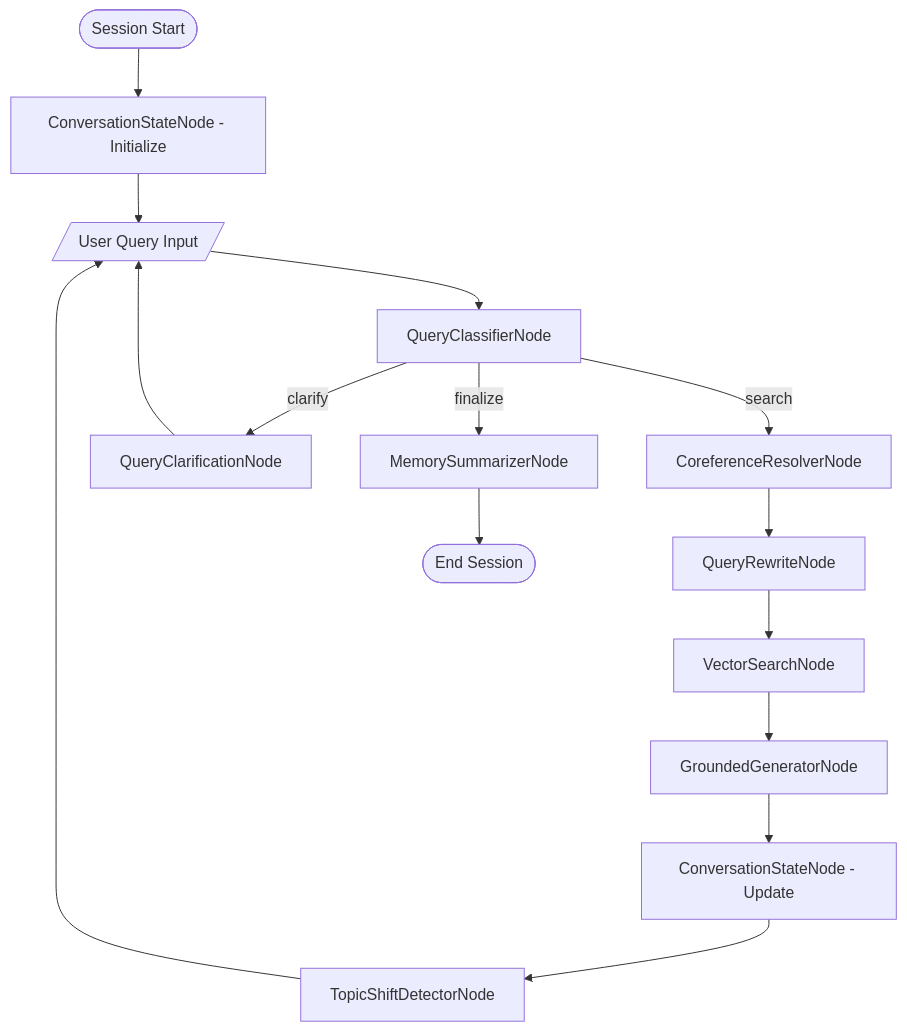
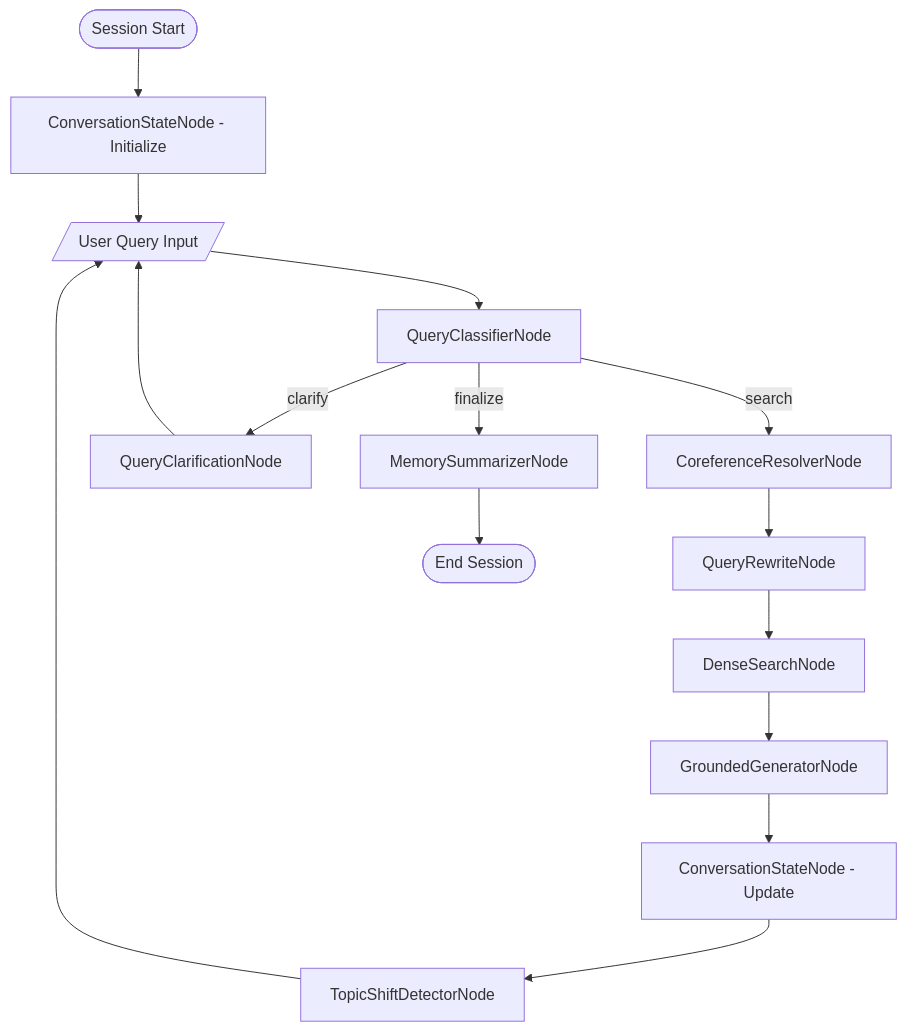
One commit to ShaojieJiang/orcheo changed the fourth of 6 diagrams in docs/conversational_search/demo_design.md. Above: the diagram before and after it, drawn with Mermaid. The commit also changed other lines of this file and 48 other files, not shown here.

````diff
--- a/docs/conversational_search/demo_design.md
+++ b/docs/conversational_search/demo_design.md
@@ -204,20 +248,20 @@
 ```mermaid
 graph TD
     Start([Session Start]) --> ConvState1[ConversationStateNode - Initialize]
     ConvState1 --> Query[/User Query Input/]
     Query --> Classifier[QueryClassifierNode]
 
     Classifier -->|search| Coref[CoreferenceResolverNode]
     Coref --> Rewrite[QueryRewriteNode]
-    Rewrite --> Search[VectorSearchNode]
+    Rewrite --> Search[DenseSearchNode]
     Search --> Generator[GroundedGeneratorNode]
     Generator --> ConvState2[ConversationStateNode - Update]
     ConvState2 --> TopicShift[TopicShiftDetectorNode]
     TopicShift --> Query
 
     Classifier -->|clarify| Clarification[QueryClarificationNode]
     Clarification --> Query
 
     Classifier -->|finalize| MemorySumm[MemorySummarizerNode]
     MemorySumm --> End([End Session])
 ```
````
